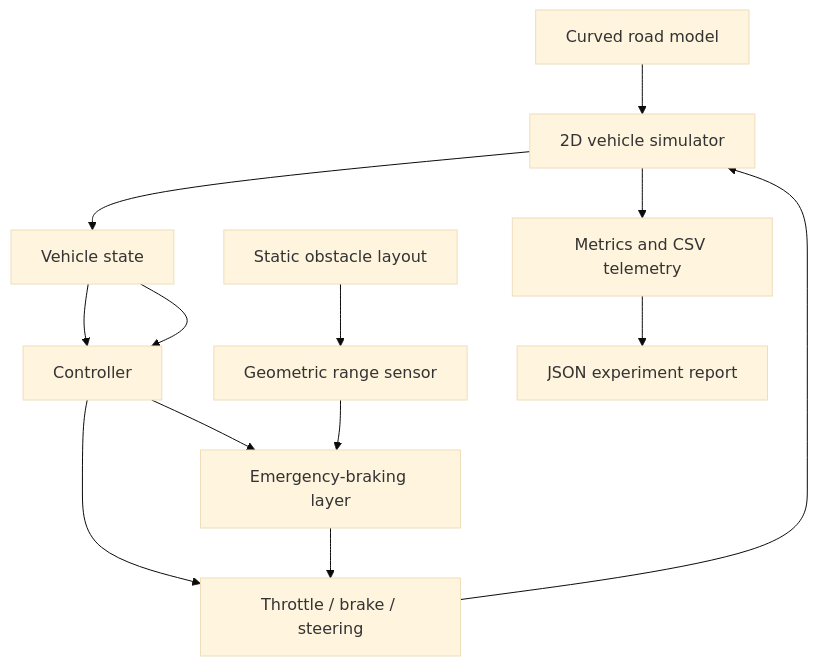
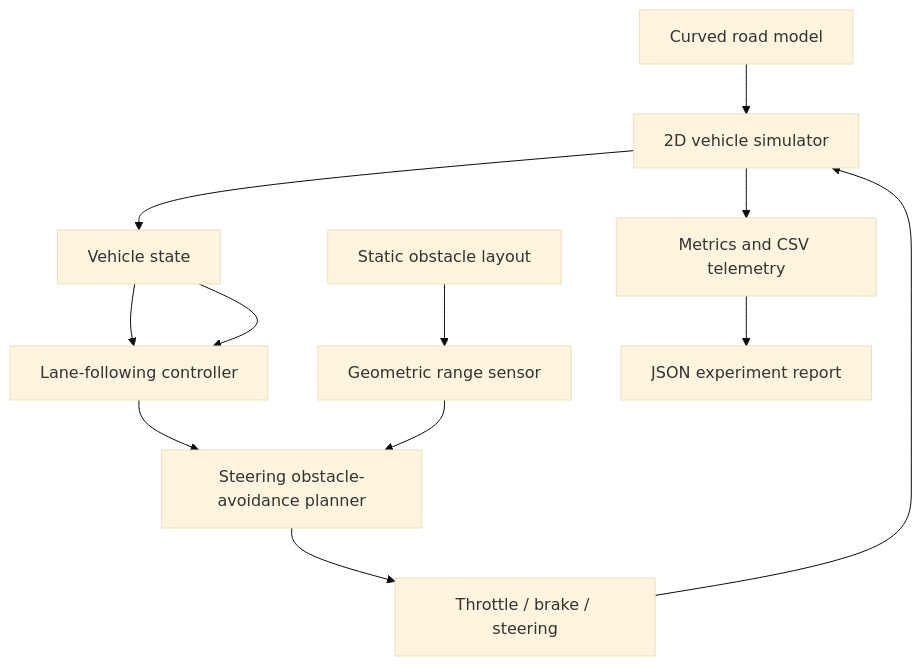
The diagram in docs/CLASS_PRESENTATION.md (daltzboe/AutonomousDrivingSimulation), drawn with Mermaid (base theme) before and after one commit. The commit also changed other lines of this file, not shown here.

Commit message:
Update class presentation for steering obstacle avoidance

````diff
--- a/docs/CLASS_PRESENTATION.md
+++ b/docs/CLASS_PRESENTATION.md
@@ -17,15 +17,14 @@
 ```mermaid
 flowchart TD
     Road[Curved road model] --> Sim[2D vehicle simulator]
-    Vehicle[Vehicle state] --> Controller[Controller]
+    Vehicle[Vehicle state] --> Controller[Lane-following controller]
     Sim --> Vehicle
     Vehicle --> Controller
     Obstacles[Static obstacle layout] --> Sensor[Geometric range sensor]
-    Controller --> Commands[Throttle / brake / steering]
-    Sensor --> Safety[Emergency-braking layer]
-    Controller --> Safety
-    Safety --> Commands
+    Controller --> Planner[Steering obstacle-avoidance planner]
+    Sensor --> Planner
+    Planner --> Commands[Throttle / brake / steering]
     Commands --> Sim
     Sim --> Metrics[Metrics and CSV telemetry]
     Metrics --> Report[JSON experiment report]
 ```
````
